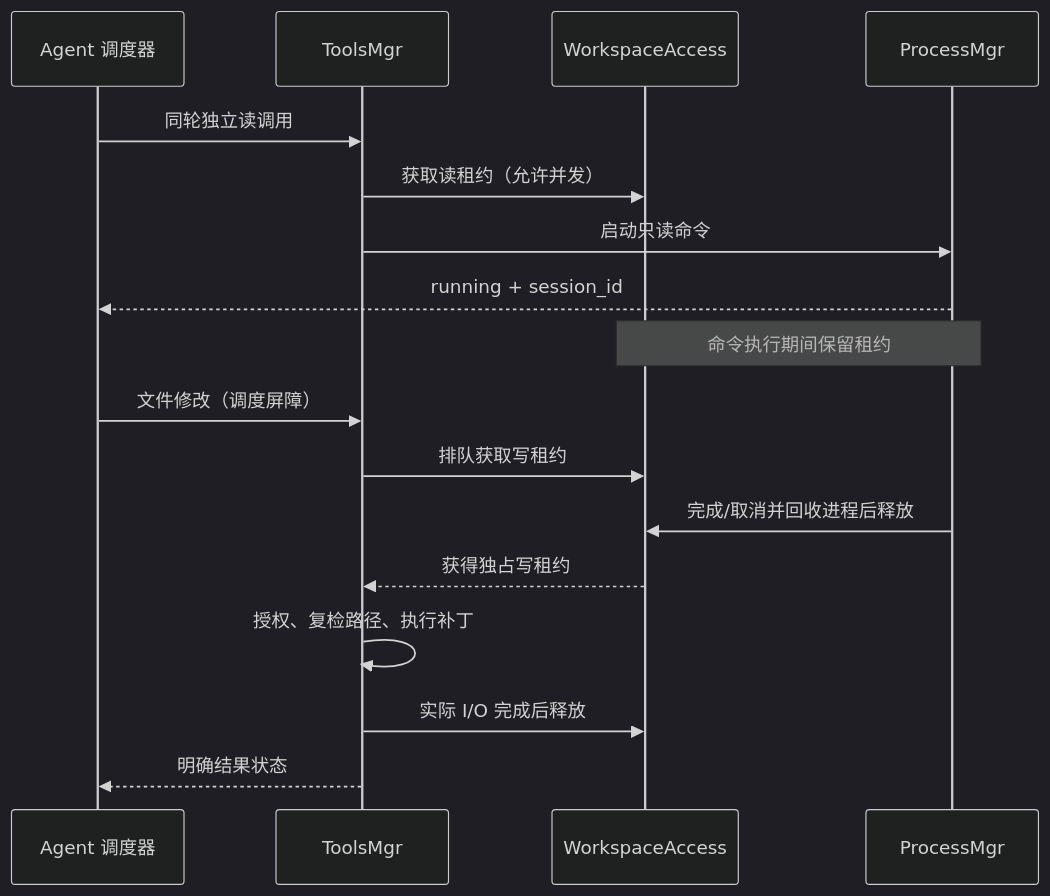
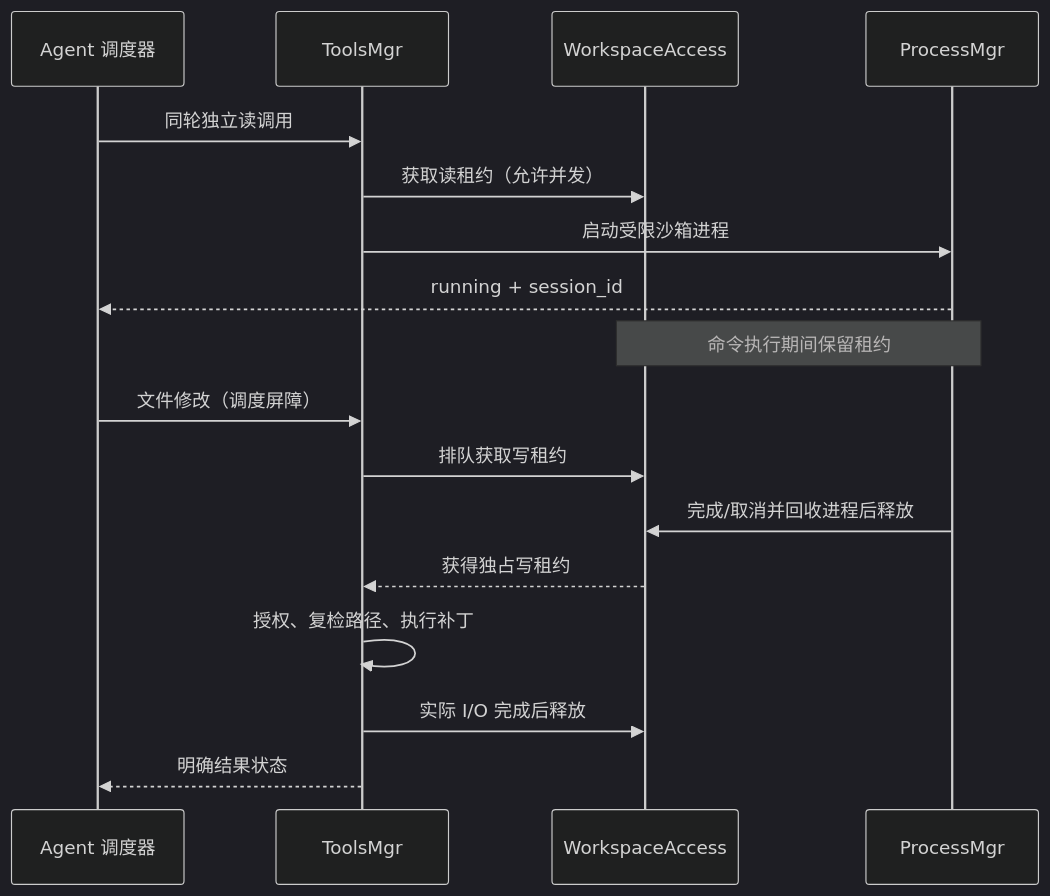
The first of 2 diagrams in docs/tools.md (dingdalong/agent), drawn with Mermaid (dark theme) before and after one commit. The commit also changed other lines of this file and 39 other files, not shown here.

````diff
--- a/docs/tools.md
+++ b/docs/tools.md
@@ -35,19 +39,19 @@
 ```mermaid
 sequenceDiagram
     participant A as Agent 调度器
     participant T as ToolsMgr
     participant W as WorkspaceAccess
     participant P as ProcessMgr
     A->>T: 同轮独立读调用
     T->>W: 获取读租约（允许并发）
-    T->>P: 启动只读命令
+    T->>P: 启动受限沙箱进程
     P-->>A: running + session_id
     Note over P,W: 命令执行期间保留租约
     A->>T: 文件修改（调度屏障）
     T->>W: 排队获取写租约
     P->>W: 完成/取消并回收进程后释放
     W-->>T: 获得独占写租约
     T->>T: 授权、复检路径、执行补丁
     T->>W: 实际 I/O 完成后释放
     T-->>A: 明确结果状态
 ```
````
